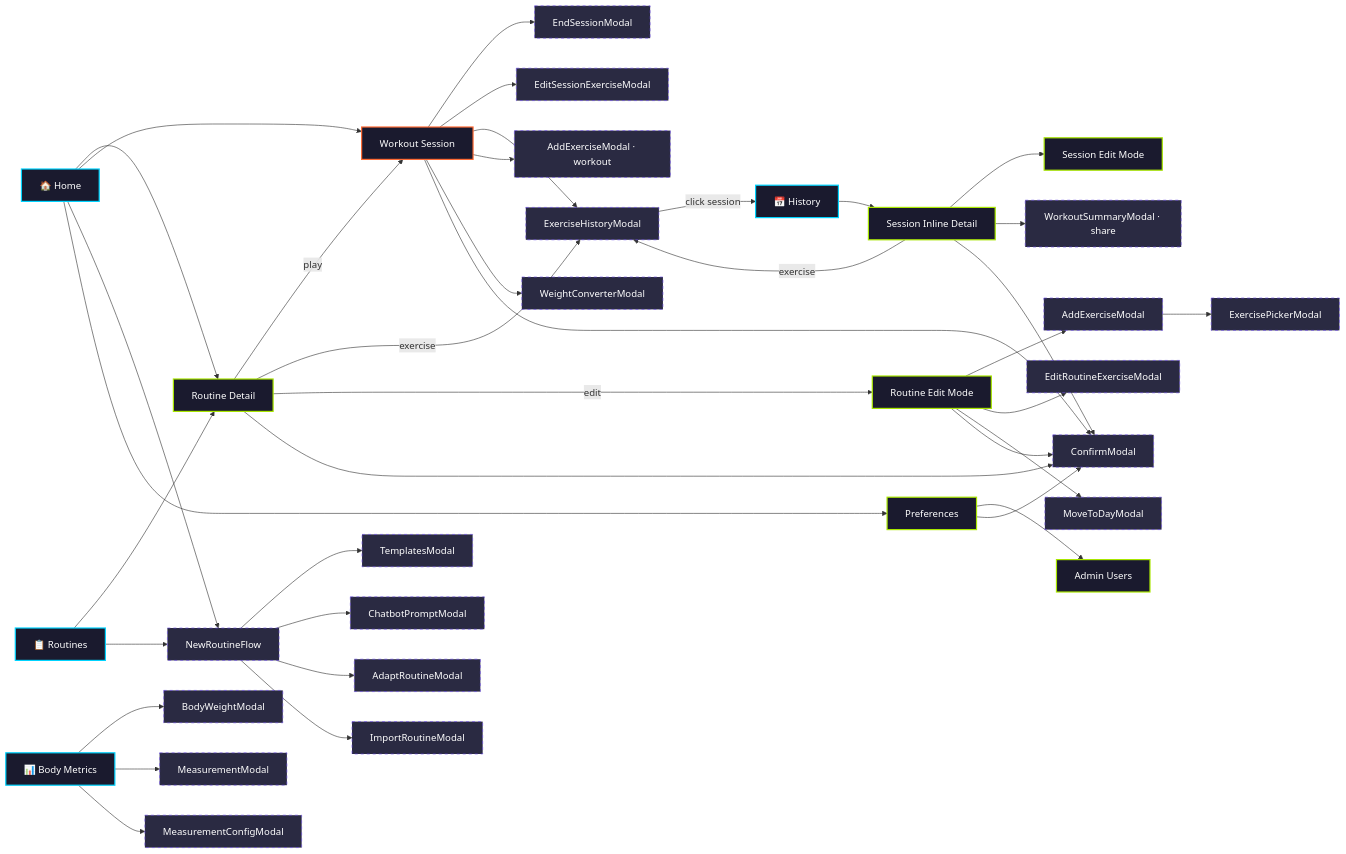
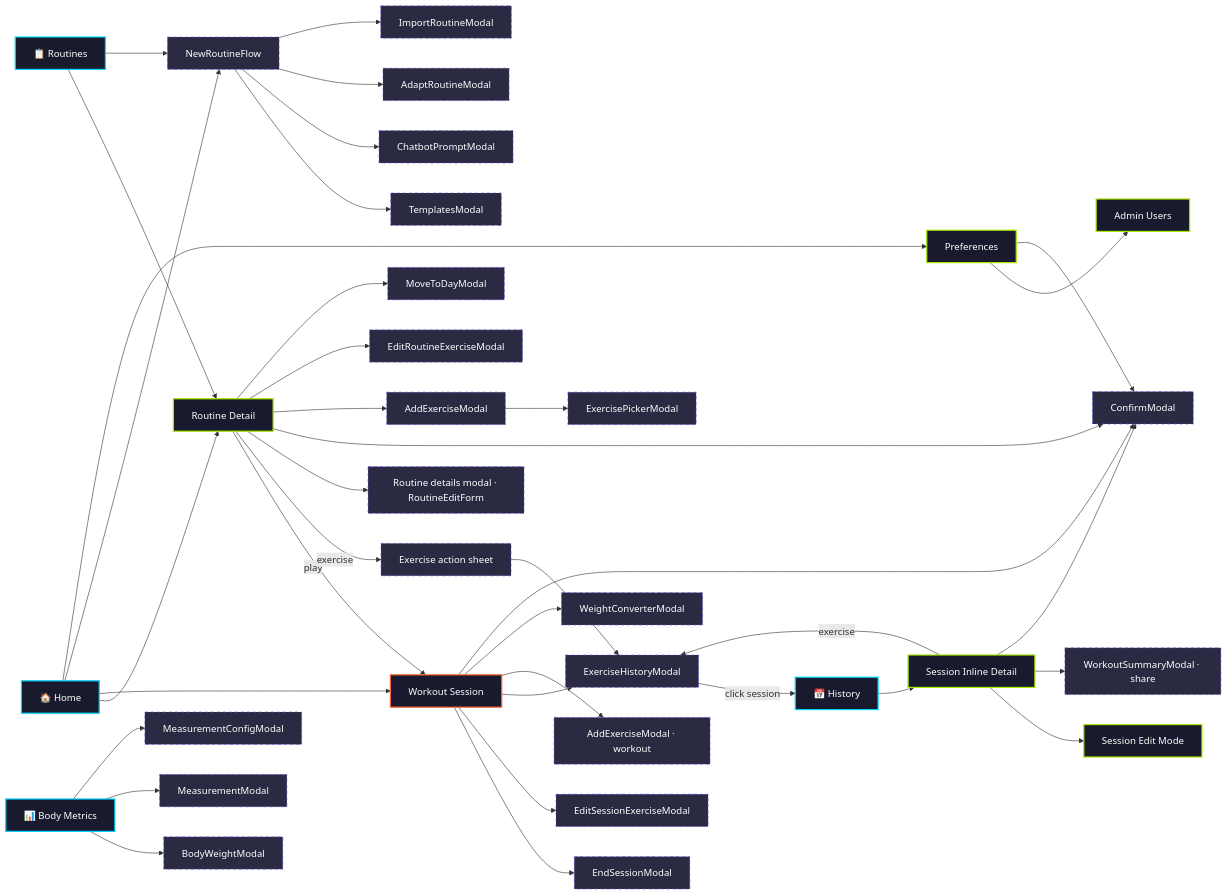
One commit to serlox-hub/gym-routine-page changed the diagram in docs/navigation-flow.md. Above: the diagram before and after it, drawn with Mermaid. The commit also changed other lines of this file and 35 other files, not shown here.

First line of the commit message:
feat: routine detail without edit mode web nat (#85) (#86)

````diff
--- a/docs/navigation-flow.md
+++ b/docs/navigation-flow.md
@@ -3,74 +3,74 @@
 ```mermaid
 flowchart LR
     classDef page fill:#1a1a2e,stroke:#A8E600,color:#fff,stroke-width:2px
     classDef tab fill:#1a1a2e,stroke:#00D4FF,color:#fff,stroke-width:2px
     classDef modal fill:#2a2a42,stroke:#6B4AE8,color:#fff,stroke-width:1px,stroke-dasharray:5
     classDef overlay fill:#1a1a2e,stroke:#FF6B35,color:#fff,stroke-width:2px
 
     %% ============ TABS (entry points) ============
     HOME["🏠 Home"]:::tab
     ROUTINES["📋 Routines"]:::tab
     HISTORY["📅 History"]:::tab
     BODY["📊 Body Metrics"]:::tab
 
     %% ============ SHARED COMPONENTS ============
     EXERCISE_HISTORY_MODAL["ExerciseHistoryModal"]:::modal
     NEW_ROUTINE_FLOW["NewRoutineFlow"]:::modal
     WORKOUT_SESSION["Workout Session"]:::overlay
     CONFIRM_MODAL["ConfirmModal"]:::modal
 
     %% ============ HOME ============
     HOME --> ROUTINE_DETAIL
     HOME --> WORKOUT_SESSION
     HOME --> NEW_ROUTINE_FLOW
     HOME --> PREFERENCES["Preferences"]:::page
     PREFERENCES --> ADMIN["Admin Users"]:::page
     PREFERENCES --> CONFIRM_MODAL
 
     %% ============ ROUTINES ============
     ROUTINES --> ROUTINE_DETAIL
     ROUTINES --> NEW_ROUTINE_FLOW
 
     %% ============ NEW ROUTINE FLOW ============
     NEW_ROUTINE_FLOW --> TEMPLATES["TemplatesModal"]:::modal
     NEW_ROUTINE_FLOW --> CHATBOT["ChatbotPromptModal"]:::modal
     NEW_ROUTINE_FLOW --> ADAPT["AdaptRoutineModal"]:::modal
     NEW_ROUTINE_FLOW --> IMPORT["ImportRoutineModal"]:::modal
 
     %% ============ ROUTINE DETAIL ============
     ROUTINE_DETAIL["Routine Detail"]:::page
     ROUTINE_DETAIL -->|"play"| WORKOUT_SESSION
-    ROUTINE_DETAIL -->|"exercise"| EXERCISE_HISTORY_MODAL
-    ROUTINE_DETAIL -->|"edit"| ROUTINE_EDIT["Routine Edit Mode"]:::page
+    ROUTINE_DETAIL -->|"exercise"| EXERCISE_ACTIONS["Exercise action sheet"]:::modal
+    EXERCISE_ACTIONS --> EXERCISE_HISTORY_MODAL
+    ROUTINE_DETAIL --> ROUTINE_DETAILS_FORM["Routine details modal · RoutineEditForm"]:::modal
     ROUTINE_DETAIL --> CONFIRM_MODAL
 
-    ROUTINE_EDIT --> ADD_EXERCISE_MODAL["AddExerciseModal"]:::modal
-    ROUTINE_EDIT --> EDIT_RE["EditRoutineExerciseModal"]:::modal
-    ROUTINE_EDIT --> MOVE_DAY["MoveToDayModal"]:::modal
-    ROUTINE_EDIT --> CONFIRM_MODAL
+    ROUTINE_DETAIL --> ADD_EXERCISE_MODAL["AddExerciseModal"]:::modal
+    ROUTINE_DETAIL --> EDIT_RE["EditRoutineExerciseModal"]:::modal
+    ROUTINE_DETAIL --> MOVE_DAY["MoveToDayModal"]:::modal
     ADD_EXERCISE_MODAL --> EXERCISE_PICKER["ExercisePickerModal"]:::modal
 
     %% ============ WORKOUT SESSION ============
     WORKOUT_SESSION --> END_SESSION["EndSessionModal"]:::modal
     WORKOUT_SESSION --> EDIT_SE["EditSessionExerciseModal"]:::modal
     WORKOUT_SESSION --> EXERCISE_HISTORY_MODAL
     WORKOUT_SESSION --> ADD_EX_W["AddExerciseModal · workout"]:::modal
     WORKOUT_SESSION --> WEIGHT_CONV["WeightConverterModal"]:::modal
     WORKOUT_SESSION --> CONFIRM_MODAL
 
     %% ============ EXERCISE HISTORY MODAL ============
     EXERCISE_HISTORY_MODAL -->|"click session"| HISTORY
 
     %% ============ HISTORY ============
     HISTORY --> SESSION_DETAIL["Session Inline Detail"]:::page
     SESSION_DETAIL -->|"exercise"| EXERCISE_HISTORY_MODAL
     SESSION_DETAIL --> SESSION_EDIT["Session Edit Mode"]:::page
     SESSION_DETAIL --> SUMMARY_H["WorkoutSummaryModal · share"]:::modal
     SESSION_DETAIL --> CONFIRM_MODAL
 
     %% ============ BODY METRICS ============
     BODY --> WEIGHT_MODAL["BodyWeightModal"]:::modal
     BODY --> MEASUREMENT["MeasurementModal"]:::modal
     BODY --> MEAS_CONFIG["MeasurementConfigModal"]:::modal
 
 ```
````
